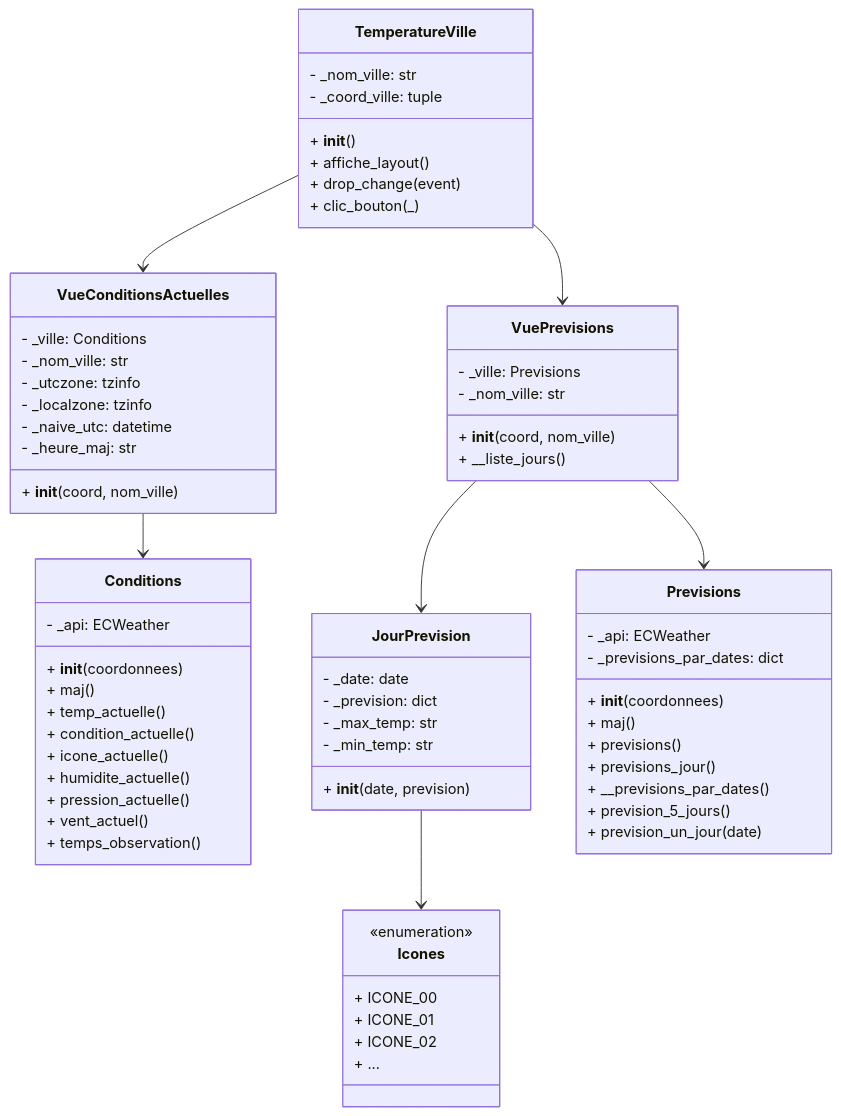
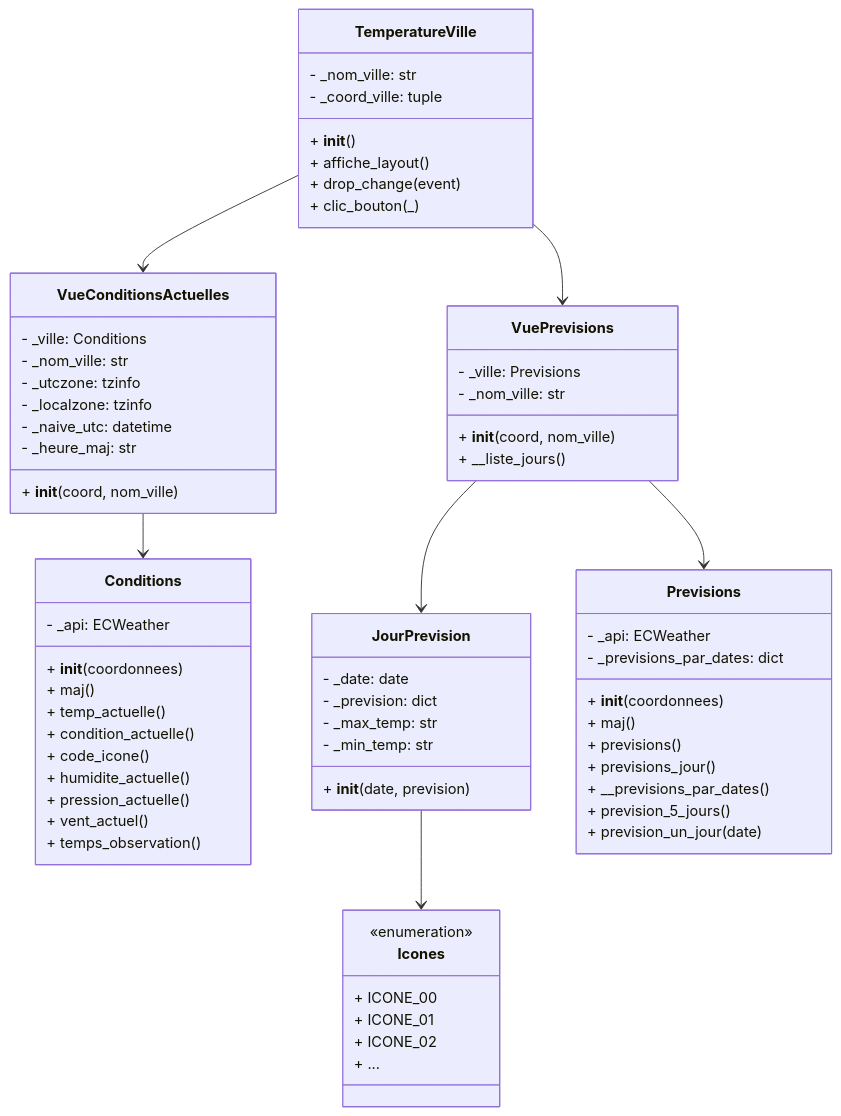
One commit to muskeg/flet-demo-meteo changed the diagram in diagrammes/classes.md. Above: the diagram before and after it, drawn with Mermaid. The commit also changed 4 other files, not shown here.

````diff
--- a/diagrammes/classes.md
+++ b/diagrammes/classes.md
@@ -3,76 +3,76 @@
 ```mermaid
 classDiagram
     class TemperatureVille {
         - _nom_ville: str
         - _coord_ville: tuple
         + __init__()
         + affiche_layout()
         + drop_change(event)
         + clic_bouton(_)
     }
 
     class VueConditionsActuelles {
         - _ville: Conditions
         - _nom_ville: str
         - _utczone: tzinfo
         - _localzone: tzinfo
         - _naive_utc: datetime
         - _heure_maj: str
         + __init__(coord, nom_ville)
     }
 
     class JourPrevision {
         - _date: date
         - _prevision: dict
         - _max_temp: str
         - _min_temp: str
         + __init__(date, prevision)
     }
 
     class VuePrevisions {
         - _ville: Previsions
         - _nom_ville: str
         + __init__(coord, nom_ville)
         + __liste_jours()
     }
 
     class Conditions {
         - _api: ECWeather
         + __init__(coordonnees)
         + maj()
         + temp_actuelle()
         + condition_actuelle()
-        + icone_actuelle()
+        + code_icone()
         + humidite_actuelle()
         + pression_actuelle()
         + vent_actuel()
         + temps_observation()
     }
 
     class Previsions {
         - _api: ECWeather
         - _previsions_par_dates: dict
         + __init__(coordonnees)
         + maj()
         + previsions()
         + previsions_jour()
         + __previsions_par_dates()
         + prevision_5_jours()
         + prevision_un_jour(date)
     }
 
     class Icones {
         <<enumeration>>
         + ICONE_00
         + ICONE_01
         + ICONE_02
         + ...
     }
 
     TemperatureVille --> VueConditionsActuelles
     TemperatureVille --> VuePrevisions
     VueConditionsActuelles --> Conditions
     VuePrevisions --> JourPrevision
     VuePrevisions --> Previsions
     JourPrevision --> Icones
 ```
````
